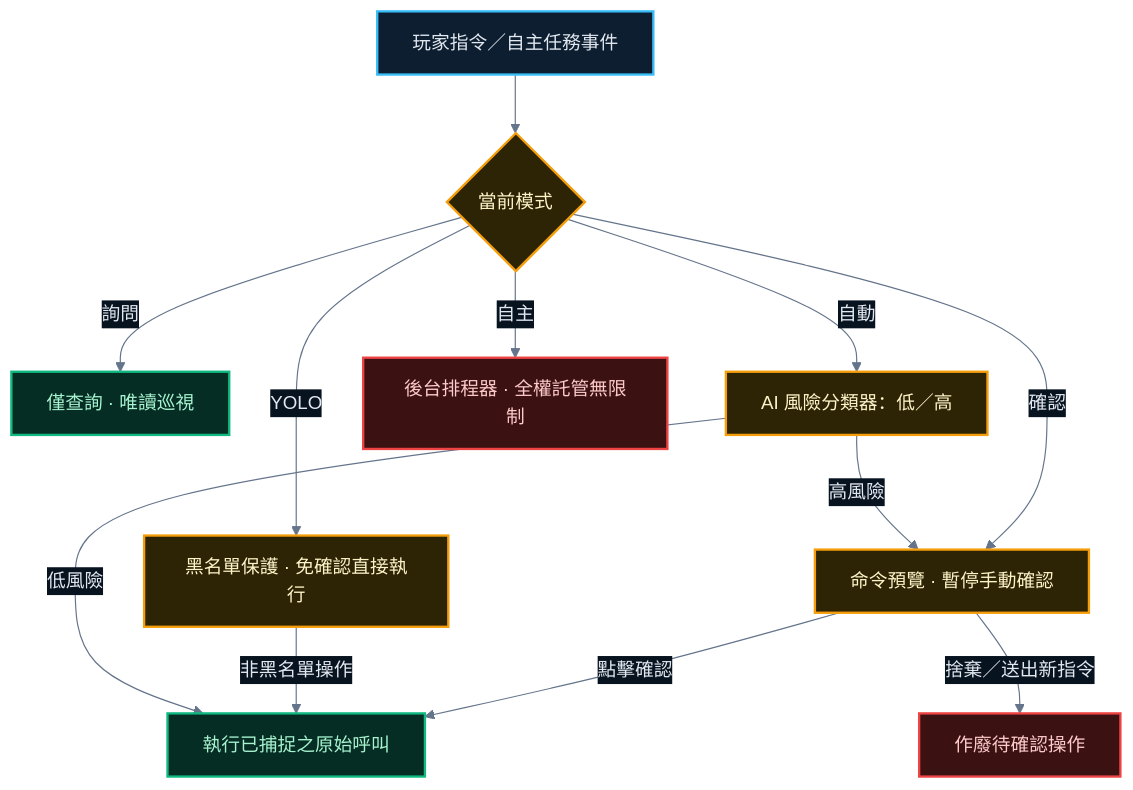
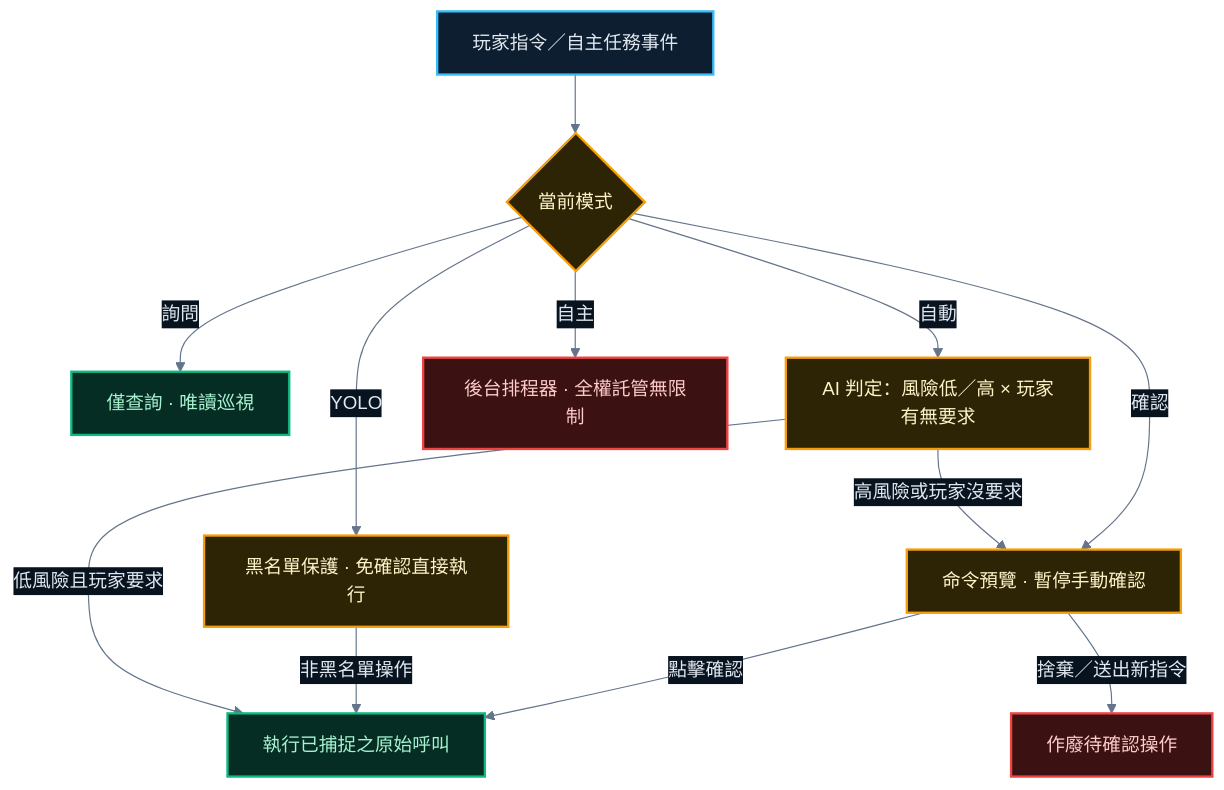
The diagram in README.zh-TW.md (mushroomTW/RimAgent), drawn with Mermaid before and after one commit. The commit also changed other lines of this file and 11 other files, not shown here.

````diff
--- a/README.zh-TW.md
+++ b/README.zh-TW.md
@@ -118,23 +118,23 @@
 ```mermaid
 %%{init: {"theme": "base", "themeVariables": {
   "primaryColor": "#0c1e30", "primaryTextColor": "#e2e8f0", "primaryBorderColor": "#38bdf8",
   "lineColor": "#64748b", "secondaryColor": "#081320", "tertiaryColor": "#1e293b",
   "fontFamily": "system-ui, -apple-system, Segoe UI, Roboto, sans-serif"}}}%%
 flowchart TD
     classDef safe fill:#062d24,stroke:#10b981,color:#a7f3d0,stroke-width:2px
     classDef check fill:#2d2406,stroke:#f59e0b,color:#fef3c7,stroke-width:2px
     classDef alert fill:#3b1111,stroke:#ef4444,color:#fecaca,stroke-width:2px
     classDef agent fill:#0c1e30,stroke:#38bdf8,color:#e2e8f0,stroke-width:2px
 
     CMD[玩家指令／自主任務事件]:::agent --> MODE{當前模式}:::check
     MODE -->|詢問| QRY[僅查詢 · 唯讀巡視]:::safe
     MODE -->|確認| PRE[命令預覽 · 暫停手動確認]:::check
     MODE -->|YOLO| YOL[黑名單保護 · 免確認直接執行]:::check
-    MODE -->|自動| CLF[AI 風險分類器：低／高]:::check
+    MODE -->|自動| CLF[AI 判定：風險低／高 × 玩家有無要求]:::check
     MODE -->|自主| SCH[後台排程器 · 全權託管無限制]:::alert
     PRE -->|點擊確認| EXEC[執行已捕捉之原始呼叫]:::safe
     PRE -->|捨棄／送出新指令| DROP[作廢待確認操作]:::alert
     YOL -->|非黑名單操作| EXEC
-    CLF -->|低風險| EXEC
-    CLF -->|高風險| PRE
+    CLF -->|低風險且玩家要求| EXEC
+    CLF -->|高風險或玩家沒要求| PRE
 ```
````
